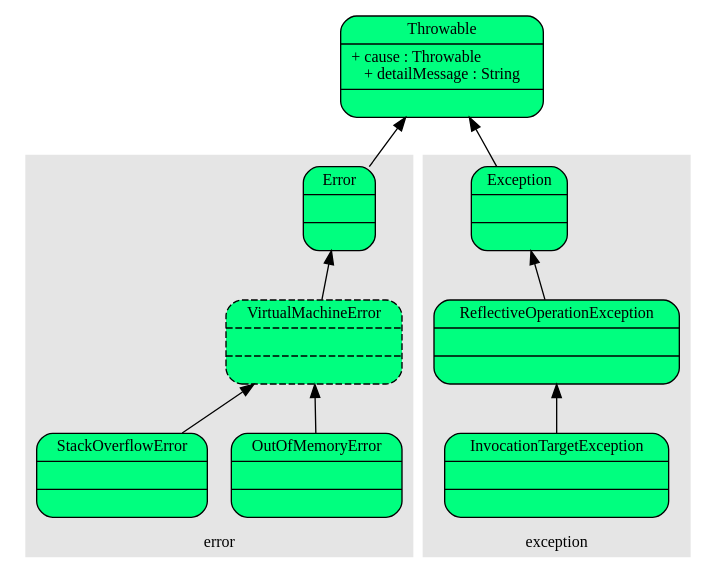
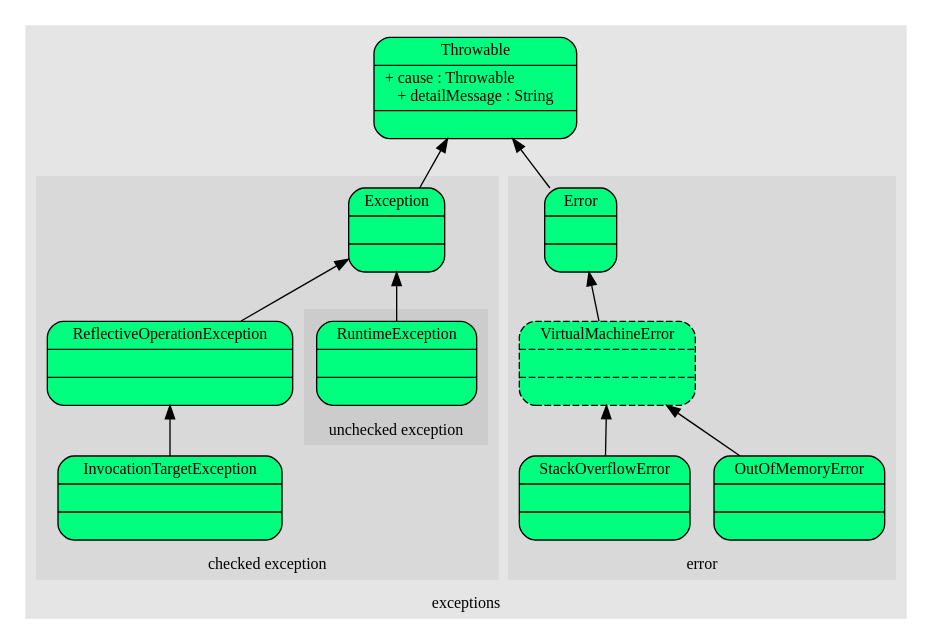
One commit to chris0103/spider-net changed the diagram in Java/exceptions.dot. Above: the diagram before and after it, drawn with Graphviz.

```diff
--- a/Java/exceptions.dot
+++ b/Java/exceptions.dot
@@ -1,66 +1,80 @@
 digraph exceptions {
 	rankdir = BT;
     fontname = "Verdana";
     fontsize = 12;
     node [fontname = "Verdana", fontsize = 12, shape = "record"];
     edge [fontname = "Verdana", fontsize = 12];
 	
-
-	Throwable [label = "{<f0>Throwable|<f1>+ cause : Throwable\l+ detailMessage : String|<f2>}", style = "rounded, filled", fillcolor = "springgreen"];	
-	
-	subgraph cluster25 {
-		label = "error";
+	subgraph cluster50 {
+		label = "exceptions";
 		style = filled;
 		color = grey90;
+
+		Throwable [label = "{<f0>Throwable|<f1>+ cause : Throwable\l+ detailMessage : String|<f2>}", style = "rounded, filled", fillcolor = "springgreen"];	
+	
+		subgraph cluster25 {
+			label = "error";
+			style = filled;
+			color = grey85;
+			
+			Error [label = "{<f0>Error|<f1>|<f2>}", style = "rounded, filled", fillcolor = "springgreen"];
+			OutOfMemoryError [label = "{<f0>OutOfMemoryError|<f1>|<f2>}", style = "rounded, filled", fillcolor = "springgreen"];
+			StackOverflowError [label = "{<f0>StackOverflowError|<f1>|<f2>}", style = "rounded, filled", fillcolor = "springgreen"];
+			VirtualMachineError [label = "{<f0>VirtualMachineError|<f1>|<f2>}", style = "rounded, filled, dashed", fillcolor = "springgreen"];
+		}
 		
-		Error [label = "{<f0>Error|<f1>|<f2>}", style = "rounded, filled", fillcolor = "springgreen"];
-		OutOfMemoryError [label = "{<f0>OutOfMemoryError|<f1>|<f2>}", style = "rounded, filled", fillcolor = "springgreen"];
-		StackOverflowError [label = "{<f0>StackOverflowError|<f1>|<f2>}", style = "rounded, filled", fillcolor = "springgreen"];
-		VirtualMachineError [label = "{<f0>VirtualMachineError|<f1>|<f2>}", style = "rounded, filled, dashed", fillcolor = "springgreen"];
-	}
-	
-	subgraph cluster75 {
-		label = "exception";
-		style = filled;
-		color = grey90;
-		
-		Exception [label = "{<f0>Exception|<f1>|<f2>}", style = "rounded, filled", fillcolor = "springgreen"];
-		InvocationTargetException [label = "{<f0>InvocationTargetException|<f1>|<f2>}", style = "rounded, filled", fillcolor = "springgreen"];
-		ReflectiveOperationException [label = "{<f0>ReflectiveOperationException|<f1>|<f2>}", style = "rounded, filled", fillcolor = "springgreen"];
+		subgraph cluster75 {
+			label = "checked exception";
+			style = filled;
+			color = grey85;
+			
+			Exception [label = "{<f0>Exception|<f1>|<f2>}", style = "rounded, filled", fillcolor = "springgreen"];
+			InvocationTargetException [label = "{<f0>InvocationTargetException|<f1>|<f2>}", style = "rounded, filled", fillcolor = "springgreen"];
+			ReflectiveOperationException [label = "{<f0>ReflectiveOperationException|<f1>|<f2>}", style = "rounded, filled", fillcolor = "springgreen"];
+			
+			subgraph cluster50 {
+				label = "unchecked exception";
+				style = filled;
+				color = grey80;
+				
+				RuntimeException [label = "{<f0>RuntimeException|<f1>|<f2>}", style = "rounded, filled", fillcolor = "springgreen"];
+			}
+		}
 	}
 	
 	/*	
 	
 	// item_name [label = "item_label", style = "filled", fillcolor = "palegreen"];
 	// record_name [shape = "record", label = "{{<f0>interface|{<f10>(other implementers)}}|(other methods)}"];
 	// record_without_properties [shape = "record", label = "{<f0>label|<f1>value}"];
 	// record_with_properties [shape = "record", label = "{<f0>label|<f1>value|{{<f20>property|<f21>value}}}"];
 	// interface_minor [shape = "plaintext", label = "Interface_minor"];
 	// interface [label = "{<f0>Interface|<f2>+ method() : return_type\l}", style = "rounded, filled", fillcolor = "mediumpurple1"];
 	// abstract_class [label = "{<f0>Abstract_Class|<f1>+ field1 : type\l+ field2 : type\l|<f2>&#170; abstract_method() : return_type\l&#537; static_method() : return_type\l+ method() : return_type\l}", style = "rounded, filled, dashed", fillcolor = "springgreen"];
 	// class [label = "{<f0>Class|<f1>+ field1 : type\l+ field2 : type\l&#10765; final_field : type\l&#537; static_field : type\l|<f2>+ method() : return_type\l&#537; static_method() : return_type\l&#186; overriden_method() : return_type\l}", style = "rounded, filled", fillcolor = "springgreen"];	
 	// bean_record [label = "{<f0>beanId|<f1>beanClass|{{<f20>property1|<f21>property2}}}"];
 	// module_record [label = "{<f0>artifactId|<f1>projectName}"];
 	*/
 	
 	Error -> Throwable;
 	VirtualMachineError -> Error;
 	OutOfMemoryError -> VirtualMachineError;
 	StackOverflowError -> VirtualMachineError;
 	
 	Exception -> Throwable;
 	ReflectiveOperationException -> Exception;
 	InvocationTargetException -> ReflectiveOperationException;
+	RuntimeException -> Exception;
 	
 	// Implementation -> Interface [arrowhead = "empty"];
 	// Subclass -> Class;
 	// SubInterface -> Interface;	
 	// Referer -> Referee [arrowhead = "vee"];
 	// Implementation -> InterfaceMinor [arrowhead = "odot"];	
 	
 	// This is commented for dot to run, but it SHOULD BE uncommented as soon as dot works fine again
 	// ****************** dot cracks from below ******************** //
 	// ill link;
 	
 	// current is current_progress_item
 }
```
